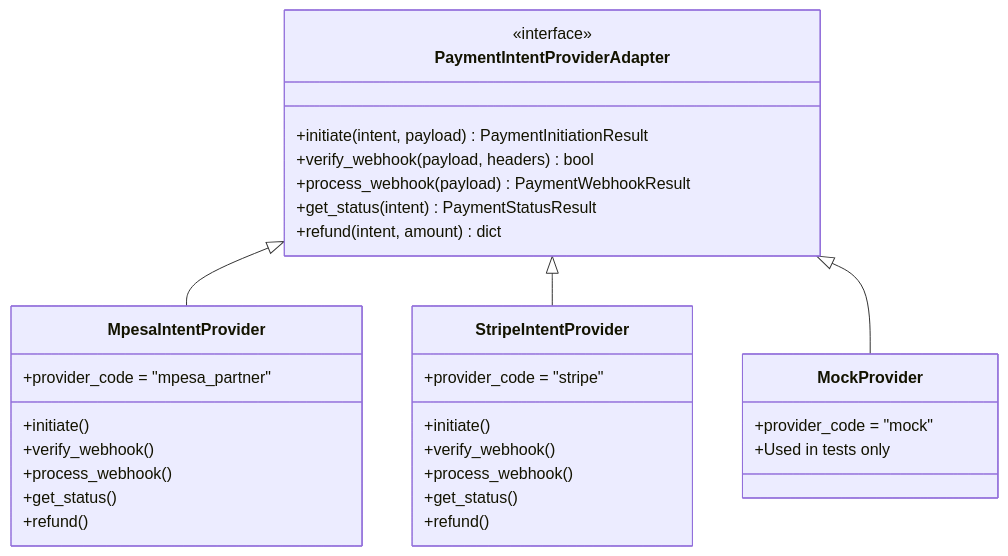
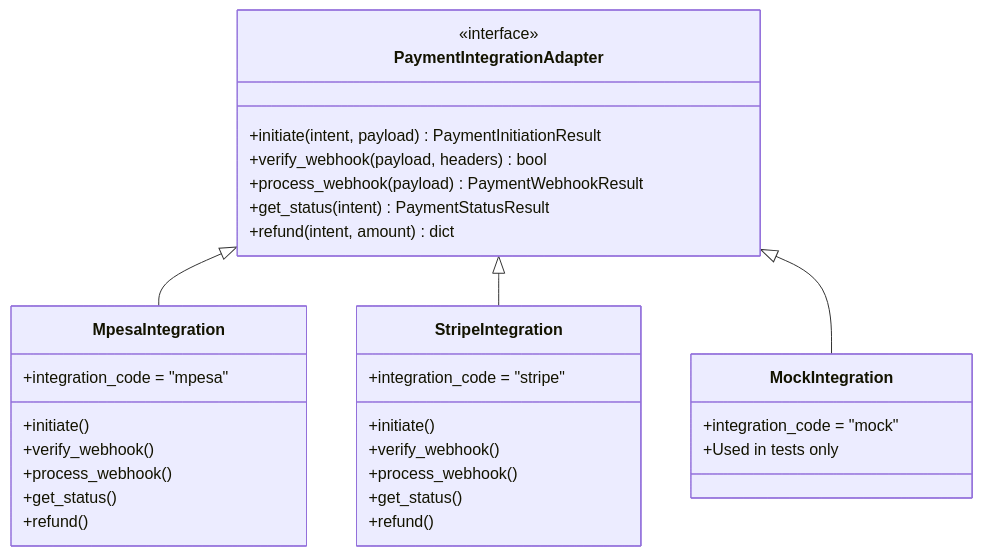
Before and after one commit to Wachiradanito/zaruni-engineering: the fourth of 4 diagrams in diagrams/payments-flow.md, drawn with Mermaid. The commit also changed other lines of this file and 6 other files, not shown here.

````diff
--- a/diagrams/payments-flow.md
+++ b/diagrams/payments-flow.md
@@ -107,38 +107,38 @@
 ```mermaid
 classDiagram
-    class PaymentIntentProviderAdapter {
+    class PaymentIntegrationAdapter {
         <<interface>>
         +initiate(intent, payload) PaymentInitiationResult
         +verify_webhook(payload, headers) bool
         +process_webhook(payload) PaymentWebhookResult
         +get_status(intent) PaymentStatusResult
         +refund(intent, amount) dict
     }
 
-    class MpesaIntentProvider {
-        +provider_code = "mpesa_partner"
+    class MpesaIntegration {
+        +integration_code = "mpesa"
         +initiate()
         +verify_webhook()
         +process_webhook()
         +get_status()
         +refund()
     }
 
-    class StripeIntentProvider {
-        +provider_code = "stripe"
+    class StripeIntegration {
+        +integration_code = "stripe"
         +initiate()
         +verify_webhook()
         +process_webhook()
         +get_status()
         +refund()
     }
 
-    class MockProvider {
-        +provider_code = "mock"
+    class MockIntegration {
+        +integration_code = "mock"
         +Used in tests only
     }
 
-    PaymentIntentProviderAdapter <|-- MpesaIntentProvider
-    PaymentIntentProviderAdapter <|-- StripeIntentProvider
-    PaymentIntentProviderAdapter <|-- MockProvider
+    PaymentIntegrationAdapter <|-- MpesaIntegration
+    PaymentIntegrationAdapter <|-- StripeIntegration
+    PaymentIntegrationAdapter <|-- MockIntegration
 ```
````
